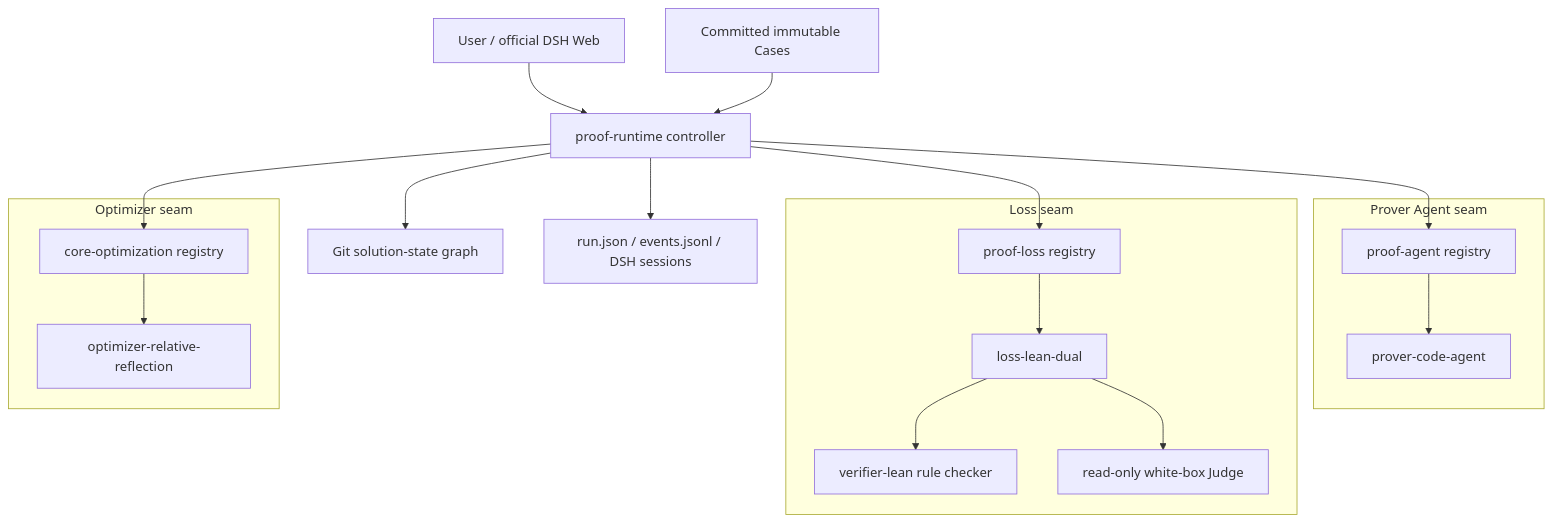
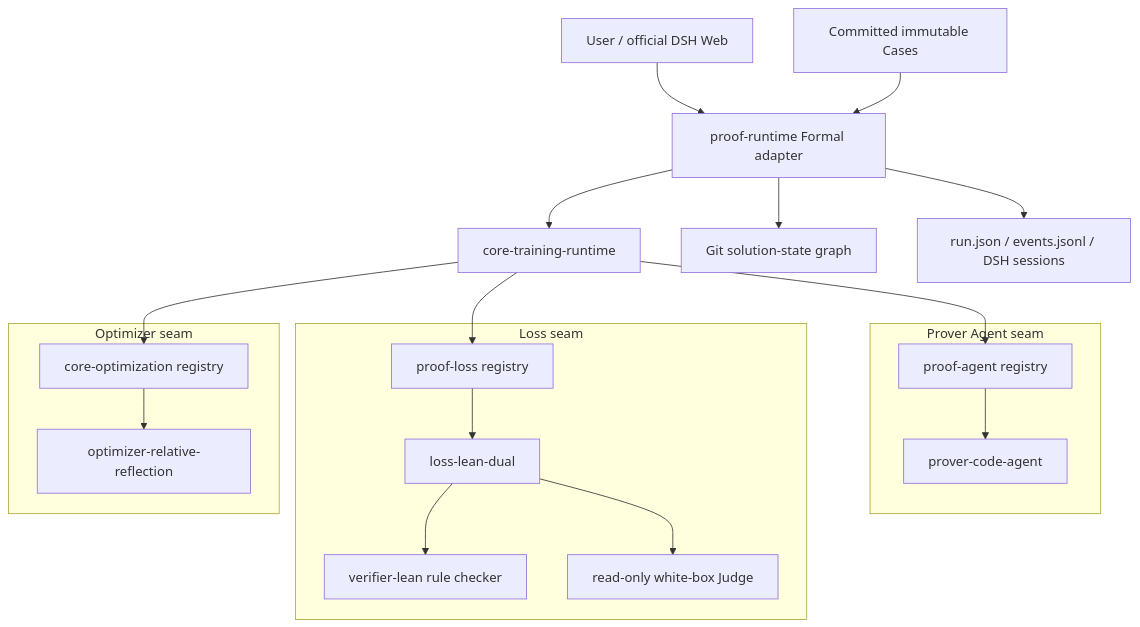
Before and after one commit to BruceLoveLee000/tokens-as-parameters: the first of 2 diagrams in docs/en/architecture/dsh-formal-proof-bundle.md, drawn with Mermaid. The commit also changed other lines of this file and 31 other files, not shown here.

Commit message:
refactor: separate core training runtime from formal loss

````diff
--- a/docs/en/architecture/dsh-formal-proof-bundle.md
+++ b/docs/en/architecture/dsh-formal-proof-bundle.md
@@ -11,28 +11,29 @@
 ```mermaid
 flowchart TB
-  User[User / official DSH Web] --> Runtime[proof-runtime controller]
-  Cases[Committed immutable Cases] --> Runtime
+  User[User / official DSH Web] --> Adapter[proof-runtime Formal adapter]
+  Cases[Committed immutable Cases] --> Adapter
+  Adapter --> Runtime[core-training-runtime]
 
   subgraph Prover[Prover Agent seam]
     AgentRegistry[proof-agent registry]
     CodeAgent[prover-code-agent]
   end
   subgraph Loss[Loss seam]
     LossRegistry[proof-loss registry]
     Dual[loss-lean-dual]
     Lean[verifier-lean rule checker]
     Judge[read-only white-box Judge]
   end
   subgraph Optimizer[Optimizer seam]
     Optimization[core-optimization registry]
     Reflection[optimizer-relative-reflection]
   end
 
   Runtime --> AgentRegistry --> CodeAgent
   Runtime --> LossRegistry --> Dual
   Dual --> Lean
   Dual --> Judge
   Runtime --> Optimization --> Reflection
-  Runtime --> Git[Git solution-state graph]
-  Runtime --> Observer[run.json / events.jsonl / DSH sessions]
+  Adapter --> Git[Git solution-state graph]
+  Adapter --> Observer[run.json / events.jsonl / DSH sessions]
 ```
````
